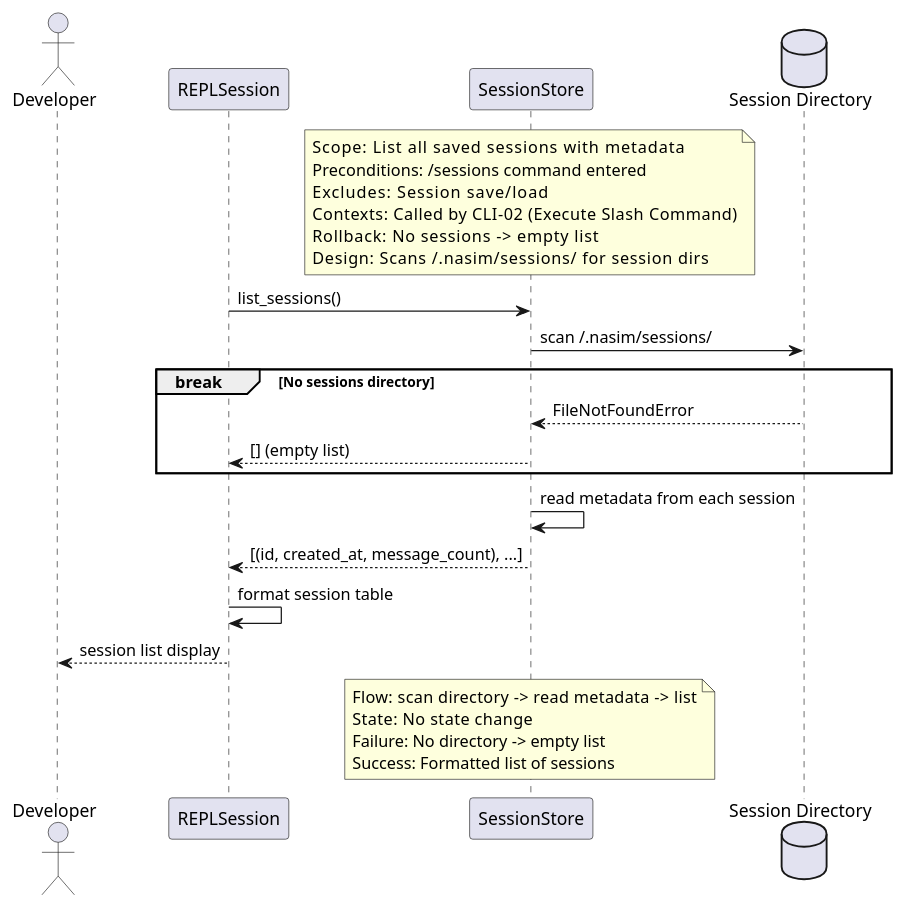
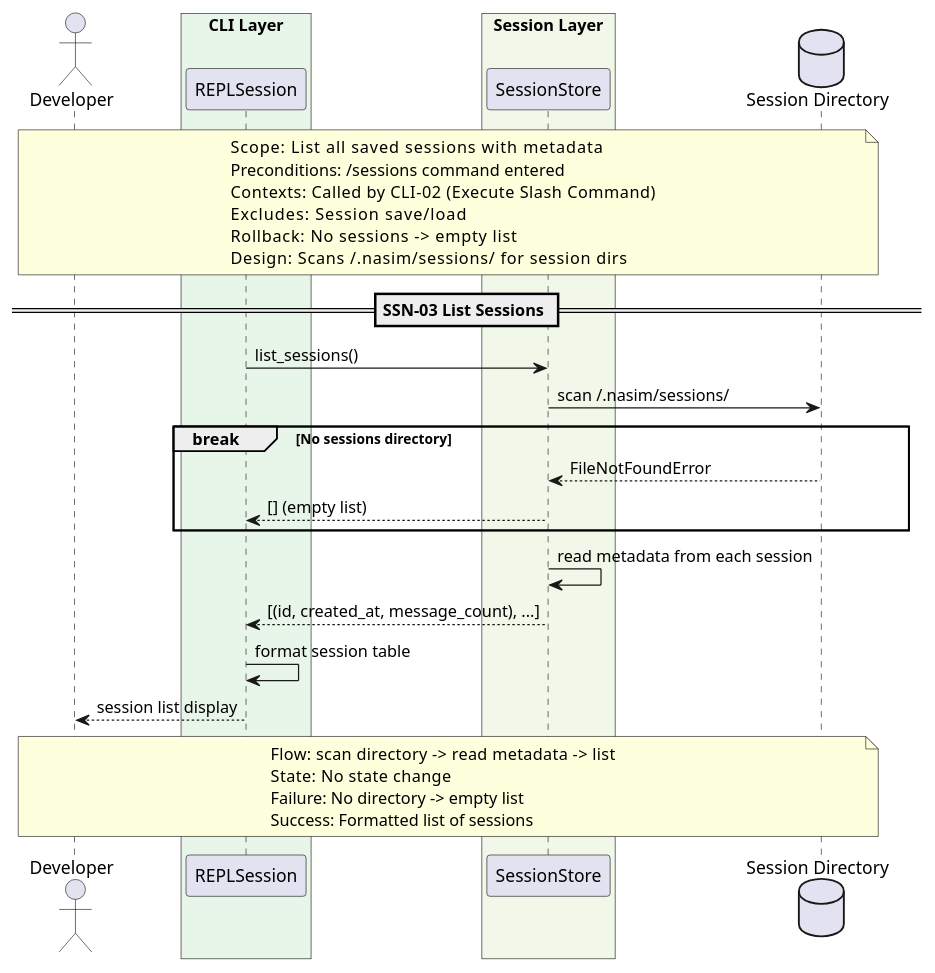
The diagram in docs/sq/SSN/sq_ssn03_list_sessions.puml (salimnamvar/nasim), drawn with PlantUML before and after one commit. The commit also changed 37 other files, not shown here.

First line of the commit message:
docs: Refactor and enhance SQ, CTX, LLM, PRV, SAF, SSN, and TL diagrams for clarity and consistency

```diff
--- a/docs/sq/SSN/sq_ssn03_list_sessions.puml
+++ b/docs/sq/SSN/sq_ssn03_list_sessions.puml
@@ -1,51 +1,53 @@
 @startuml sq_ssn03_list_sessions
 ' ============================================================
 ' Title:     SSN-03 — List Sessions
 ' Boundary:  nasim code agent CLI
 ' Purpose:   List available saved sessions
 ' Milestone: v1.0
 ' Version:   2.0.0
 ' Source:    docs/audit/audit_2026-06-20_capability-and-architecture.md
 ' Review:    —
 ' ============================================================
 
 actor "Developer" as user
-participant "REPLSession" as repl
-participant "SessionStore" as store
+
+box "CLI Layer" #E8F5E9
+  participant "REPLSession" as repl
+end box
+box "Session Layer" #F1F8E9
+  participant "SessionStore" as store
+end box
 database "Session Directory" as dir
 
-box "CLI Layer" #E8F5E9
-end box
-box "Session Layer" #F1F8E9
-end box
-
-note over store
+note over user, dir
   Scope:          List all saved sessions with metadata
   Preconditions:  /sessions command entered
+  Contexts:       Called by CLI-02 (Execute Slash Command)
   Excludes:       Session save/load
-  Contexts:       Called by CLI-02 (Execute Slash Command)
   Rollback:       No sessions -> empty list
   Design:         Scans ~/.nasim/sessions/ for session dirs
 end note
+
+== SSN-03 List Sessions ==
 
 repl -> store : list_sessions()
 store -> dir : scan ~/.nasim/sessions/
 
 break No sessions directory
     dir --> store : FileNotFoundError
     store --> repl : [] (empty list)
 end
 
 store -> store : read metadata from each session
 store --> repl : [(id, created_at, message_count), ...]
 repl -> repl : format session table
 repl --> user : session list display
 
-note over store
+note over user, dir
   Flow:    scan directory -> read metadata -> list
   State:   No state change
   Failure: No directory -> empty list
   Success: Formatted list of sessions
 end note
 
 @enduml
```
